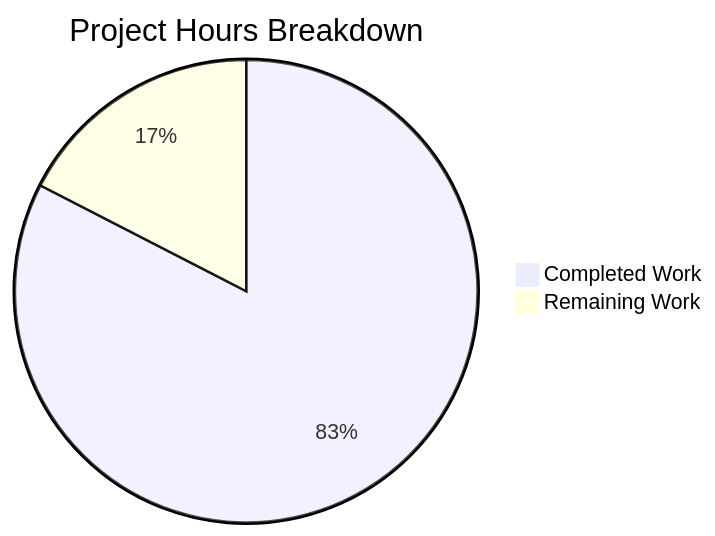
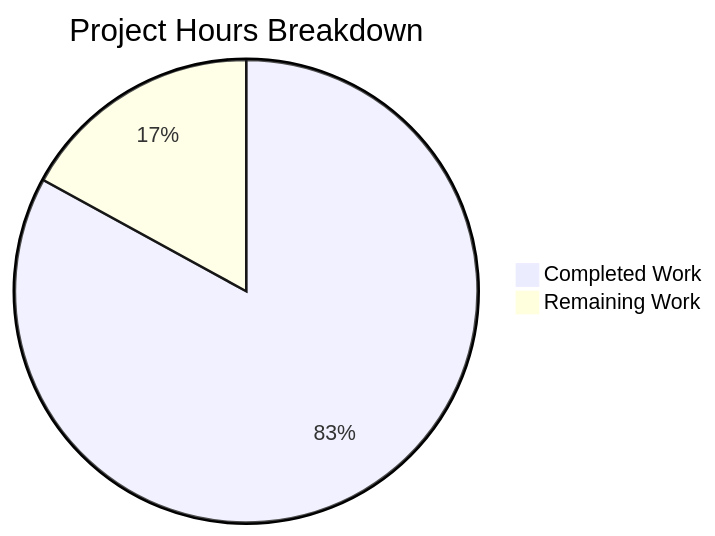
One commit to Blitzy-Sandbox/blitzy-formbricks changed the second of 2 diagrams in blitzy/documentation/Project Guide.md. Above: the diagram before and after it, drawn with Mermaid. The commit also changed other lines of this file, not shown here.

Commit message:
Adding Blitzy Project Guide: Project Status and Human Tasks Remaining

````diff
--- a/blitzy/documentation/Project Guide.md
+++ b/blitzy/documentation/Project Guide.md
@@ -264,5 +249,5 @@
 ```mermaid
 pie title Project Hours Breakdown
-    "Completed Work" : 142
-    "Remaining Work" : 30
+    "Completed Work" : 156
+    "Remaining Work" : 32
 ```
````
